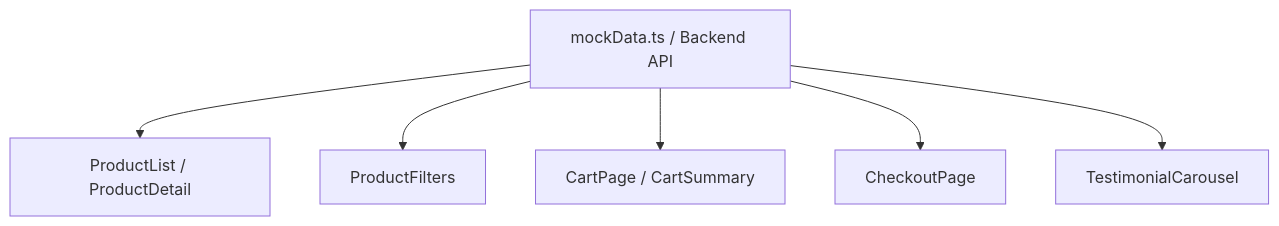
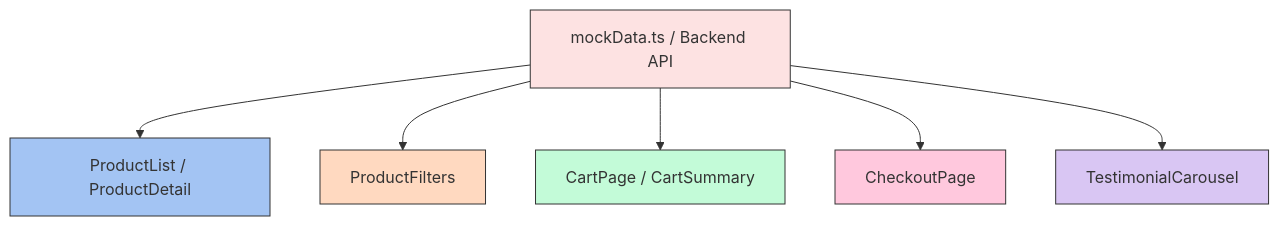
One commit to RaviRajanolla/Green-Origin changed the fourth of 5 diagrams in README.md. Above: the diagram before and after it, drawn with Mermaid. The commit also changed other lines of this file, not shown here.

````diff
--- a/README.md
+++ b/README.md
@@ -614,8 +649,16 @@
 ```mermaid
 flowchart TD
     MockData["mockData.ts / Backend API"] --> Products["ProductList / ProductDetail"]
     MockData --> Categories["ProductFilters"]
     MockData --> CartItems["CartPage / CartSummary"]
     MockData --> Orders["CheckoutPage"]
     MockData --> Testimonials["TestimonialCarousel"]
+
+    %% Pastel colors
+    style MockData fill:#FDE2E2,stroke:#333,stroke-width:1px
+    style Products fill:#A3C4F3,stroke:#333,stroke-width:1px
+    style Categories fill:#FFD9C0,stroke:#333,stroke-width:1px
+    style CartItems fill:#C3FBD8,stroke:#333,stroke-width:1px
+    style Orders fill:#FFC8DD,stroke:#333,stroke-width:1px
+    style Testimonials fill:#D9C6F3,stroke:#333,stroke-width:1px
 ```
````
